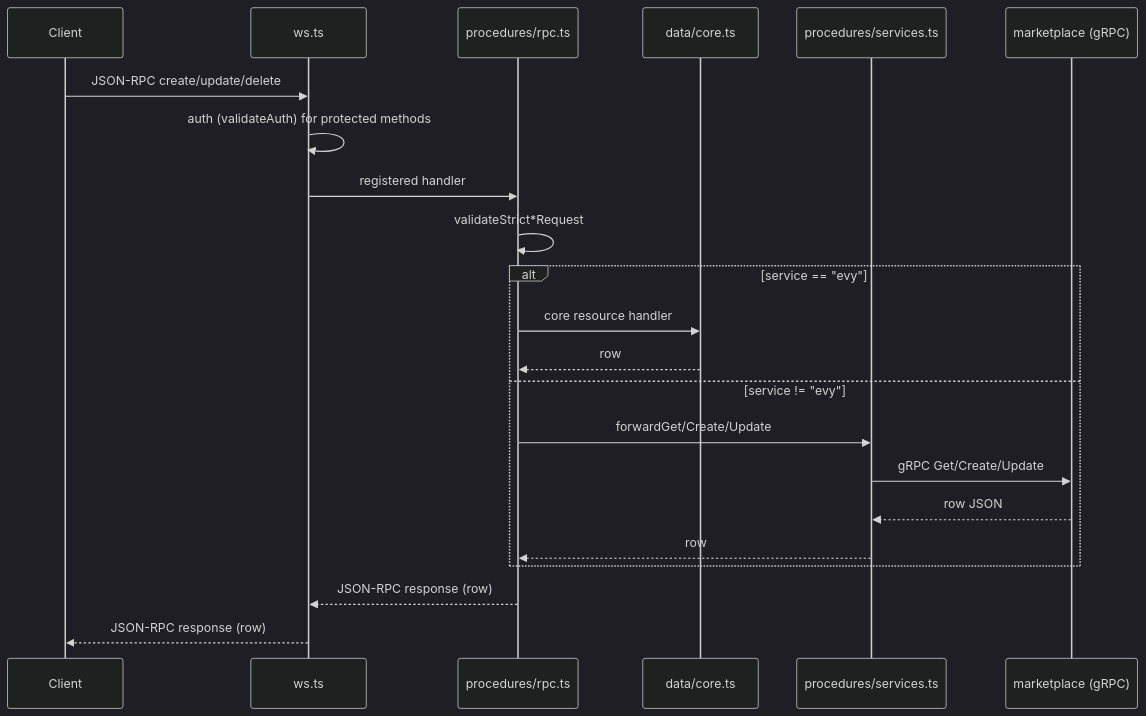
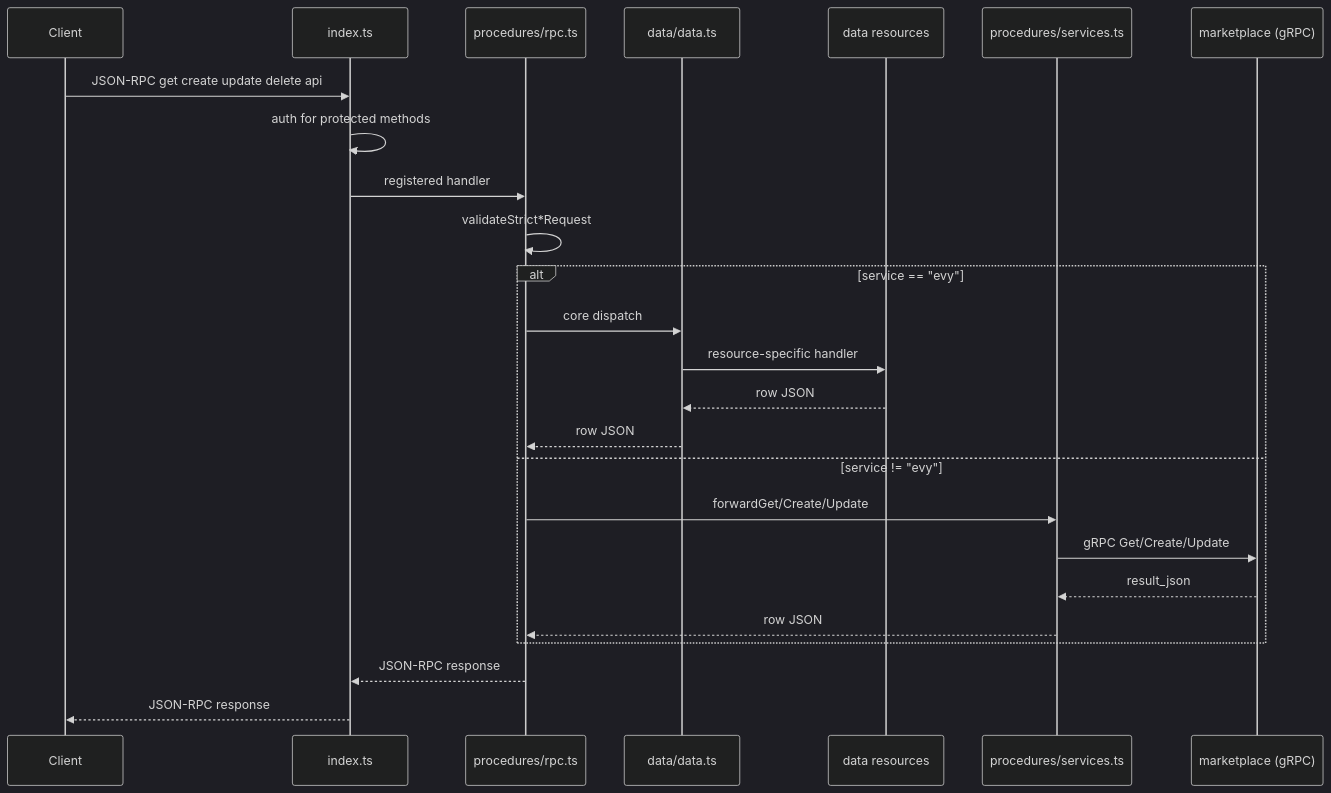
The first of 2 diagrams in api/README.md (EVY-Platform/evy), drawn with Mermaid (dark theme) before and after one commit. The commit also changed other lines of this file and 34 other files, not shown here.

First line of the commit message:
[REFACTOR] Restructure API data layer and simplify all READMEs (#214)

````diff
--- a/api/README.md
+++ b/api/README.md
@@ -25,27 +11,30 @@
 ```mermaid
 sequenceDiagram
     participant Client
-    participant ws as ws.ts
+    participant index as index.ts
     participant rpc as procedures/rpc.ts
-    participant data as data/core.ts
+    participant data as data/data.ts
+    participant resource as data resources
     participant services as procedures/services.ts
     participant marketplace as marketplace (gRPC)
 
-    Client->>ws: JSON-RPC create/update/delete
-    ws->>ws: auth (validateAuth) for protected methods
-    ws->>rpc: registered handler
+    Client->>index: JSON-RPC get create update delete api
+    index->>index: auth for protected methods
+    index->>rpc: registered handler
     rpc->>rpc: validateStrict*Request
 
     alt service == "evy"
-        rpc->>data: core resource handler
-        data-->>rpc: row
+        rpc->>data: core dispatch
+        data->>resource: resource-specific handler
+        resource-->>data: row JSON
+        data-->>rpc: row JSON
     else service != "evy"
         rpc->>services: forwardGet/Create/Update
         services->>marketplace: gRPC Get/Create/Update
-        marketplace-->>services: row JSON
-        services-->>rpc: row
+        marketplace-->>services: result_json
+        services-->>rpc: row JSON
     end
 
-    rpc-->>ws: JSON-RPC response (row)
-    ws-->>Client: JSON-RPC response (row)
+    rpc-->>index: JSON-RPC response
+    index-->>Client: JSON-RPC response
 ```
````
